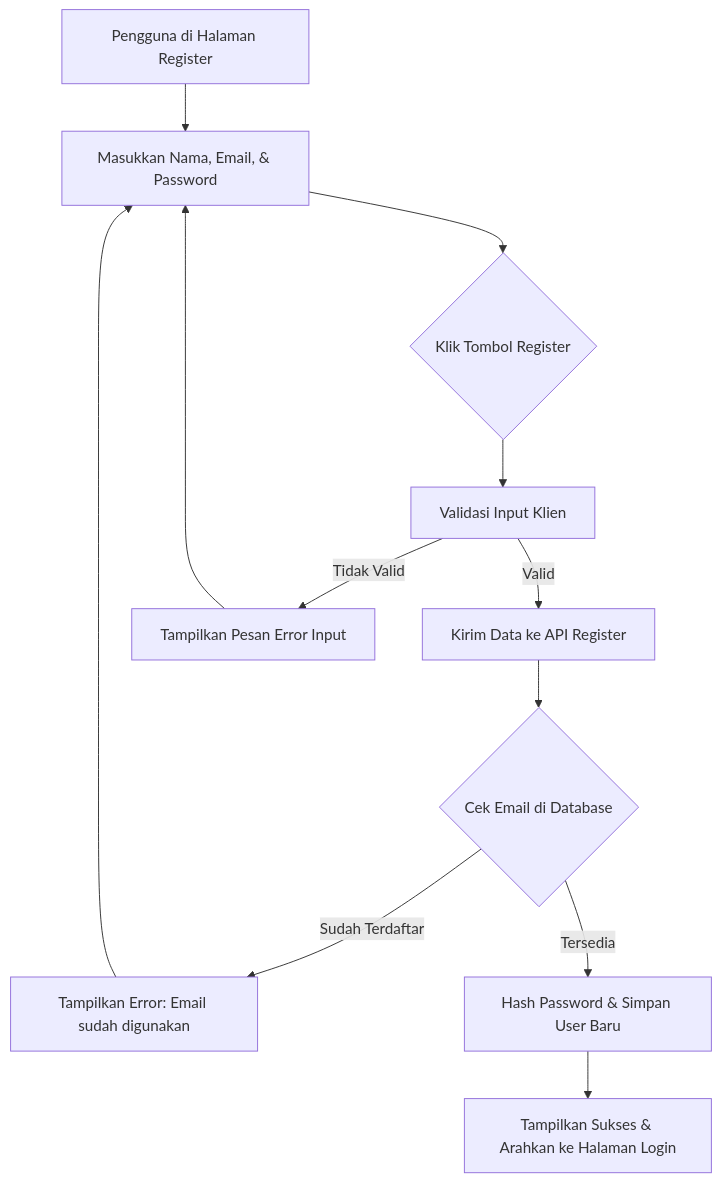
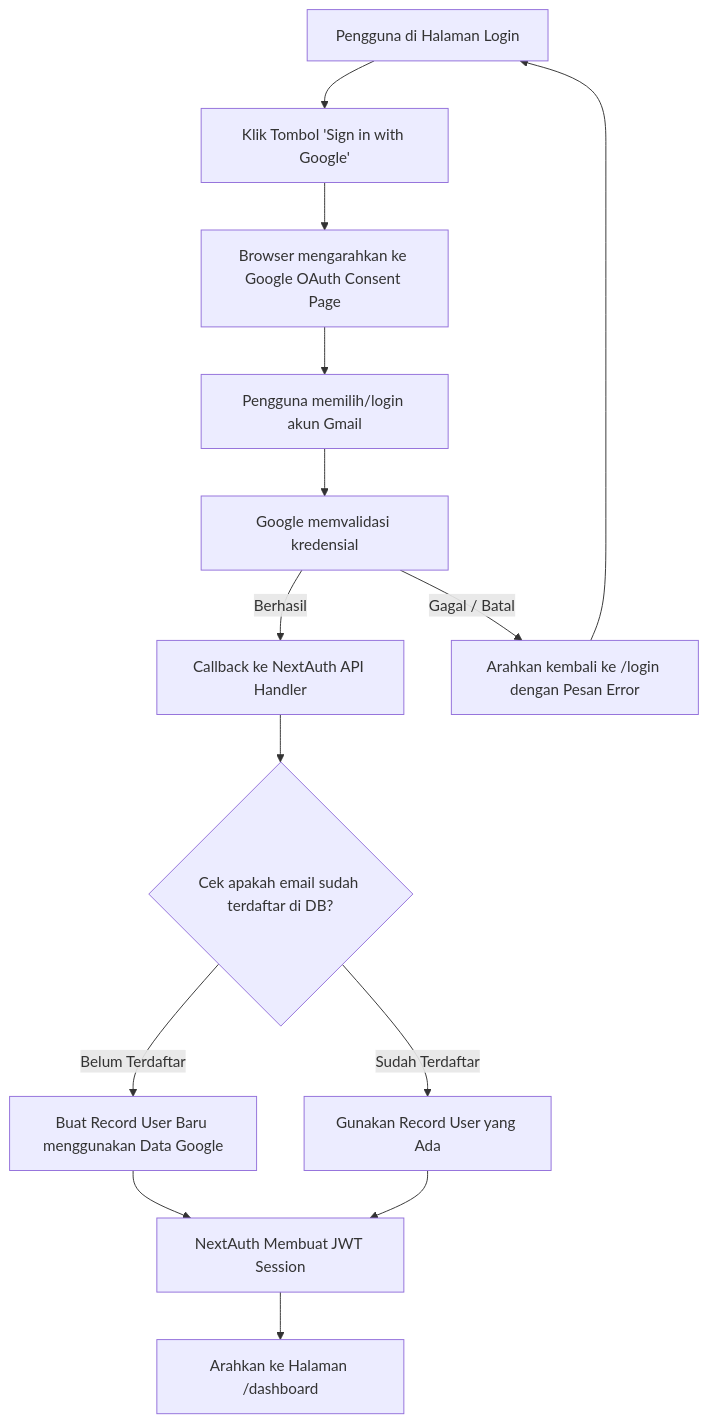
One commit to Hnzsama/kelola-diri changed the first of 8 diagrams in docs/06-user-flow.md. Above: the diagram before and after it, drawn with Mermaid. The commit also changed other lines of this file and 45 other files, not shown here.

Commit message:
Update documentation to Google OAuth-only authentication

````diff
--- a/docs/06-user-flow.md
+++ b/docs/06-user-flow.md
@@ -8,14 +8,16 @@
 ```mermaid
 graph TD
-    A[Pengguna di Halaman Register] --> B[Masukkan Nama, Email, & Password]
-    B --> C{Klik Tombol Register}
-    C --> D[Validasi Input Klien]
-    D -->|Valid| E[Kirim Data ke API Register]
-    D -->|Tidak Valid| F[Tampilkan Pesan Error Input]
-    E --> G{Cek Email di Database}
-    G -->|Sudah Terdaftar| H[Tampilkan Error: Email sudah digunakan]
-    G -->|Tersedia| I[Hash Password & Simpan User Baru]
-    I --> J[Tampilkan Sukses & Arahkan ke Halaman Login]
-    F --> B
-    H --> B
+    A["Pengguna di Halaman Login"] --> B["Klik Tombol 'Sign in with Google'"]
+    B --> C["Browser mengarahkan ke Google OAuth Consent Page"]
+    C --> D["Pengguna memilih/login akun Gmail"]
+    D --> E["Google memvalidasi kredensial"]
+    E -->|Berhasil| F["Callback ke NextAuth API Handler"]
+    E -->|Gagal / Batal| G["Arahkan kembali ke /login dengan Pesan Error"]
+    F --> H{"Cek apakah email sudah terdaftar di DB?"}
+    H -->|Belum Terdaftar| I["Buat Record User Baru menggunakan Data Google"]
+    H -->|Sudah Terdaftar| J["Gunakan Record User yang Ada"]
+    I --> K["NextAuth Membuat JWT Session"]
+    J --> K
+    K --> L["Arahkan ke Halaman /dashboard"]
+    G --> A
 ```
````
